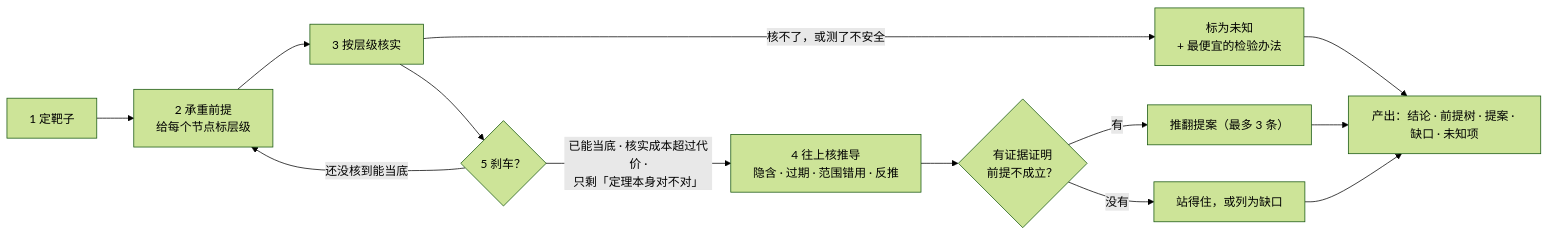
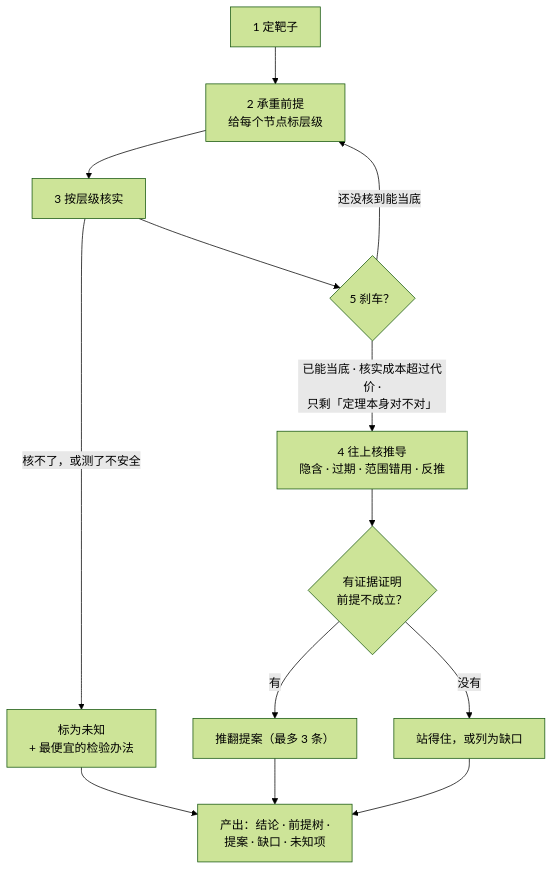
The second of 4 diagrams in README.zh-CN.md (zk-hypersolid/premise-challenge), drawn with Mermaid (forest theme) before and after one commit. The commit also changed 1 other file, not shown here.

Commit message:
Draw the workflow diagram top to bottom
The left-to-right layout was too wide for the GitHub README column and
was cut off on the right.

````diff
--- a/README.zh-CN.md
+++ b/README.zh-CN.md
@@ -67,15 +67,15 @@
 ```mermaid
-flowchart LR
+flowchart TB
     T["1 定靶子"] --> P["2 承重前提<br/>给每个节点标层级"]
     P --> V["3 按层级核实"]
     V -- "核不了，或测了不安全" --> UK["标为未知<br/>+ 最便宜的检验办法"]
     V --> B{"5 刹车？"}
     B -- "还没核到能当底" --> P
     B -- "已能当底 · 核实成本超过代价 ·<br/>只剩「定理本身对不对」" --> UP["4 往上核推导<br/>隐含 · 过期 · 范围错用 · 反推"]
     UP --> G{"有证据证明<br/>前提不成立？"}
     G -- "有" --> OV["推翻提案（最多 3 条）"]
     G -- "没有" --> H["站得住，或列为缺口"]
-    OV --> O["产出：结论 · 前提树 · 提案 · 缺口 · 未知项"]
+    OV --> O["产出：结论 · 前提树 ·<br/>提案 · 缺口 · 未知项"]
     H --> O
     UK --> O
 ```
````
